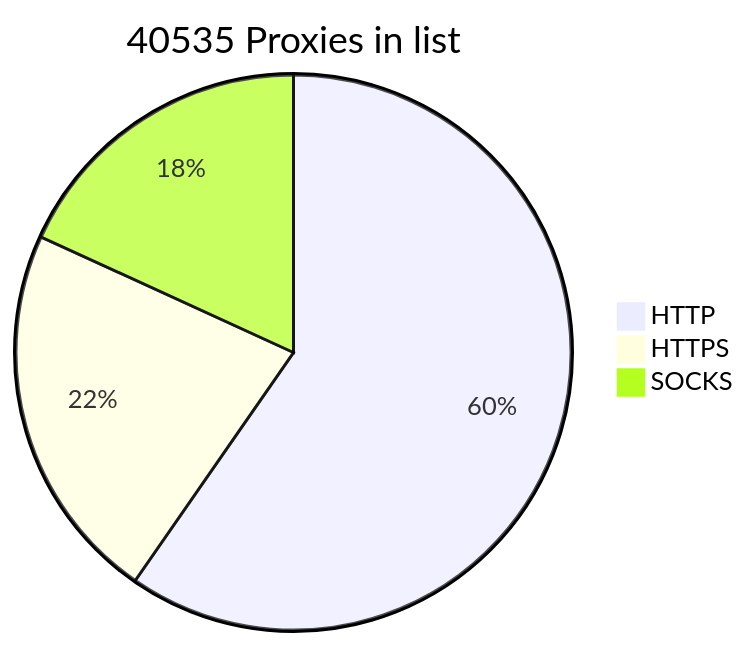
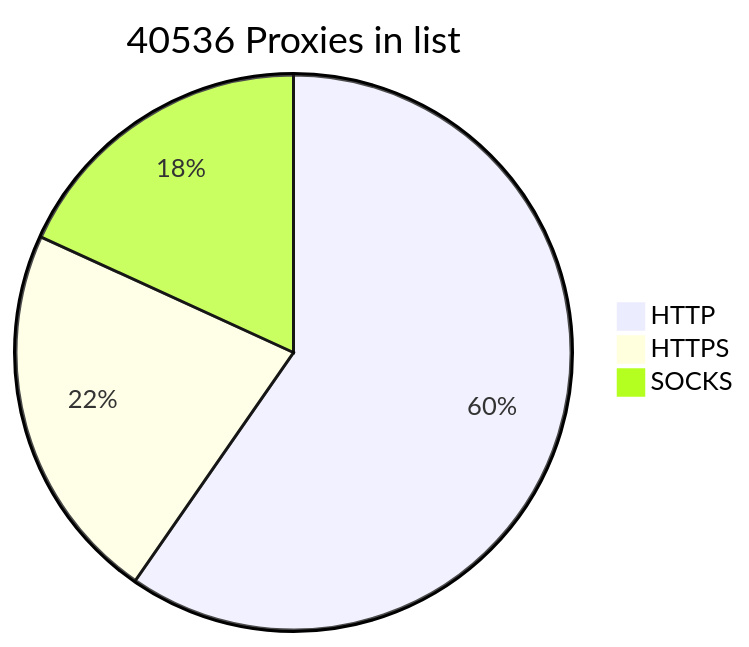
The diagram in README.md (BlackSnowDot/proxylist-update-every-minute), drawn with Mermaid before and after one commit.

````diff
--- a/README.md
+++ b/README.md
@@ -2,6 +2,6 @@
 ```mermaid
-pie title 40535 Proxies in list
+pie title 40536 Proxies in list
     "HTTP" : 28360
-    "HTTPS": 10541
+    "HTTPS": 10544
     "SOCKS" : 8639
 ```
````
